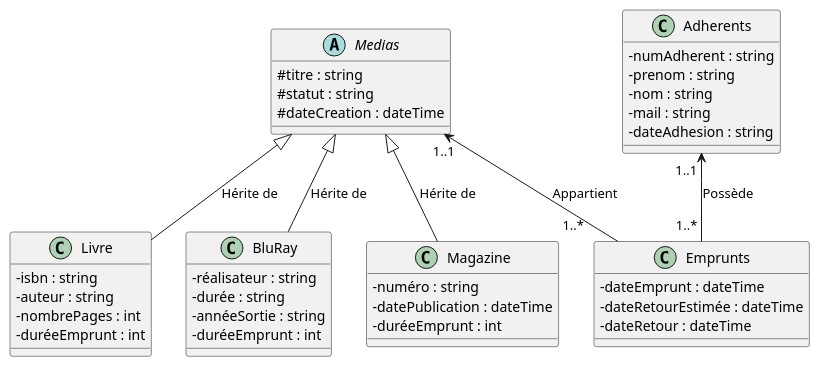
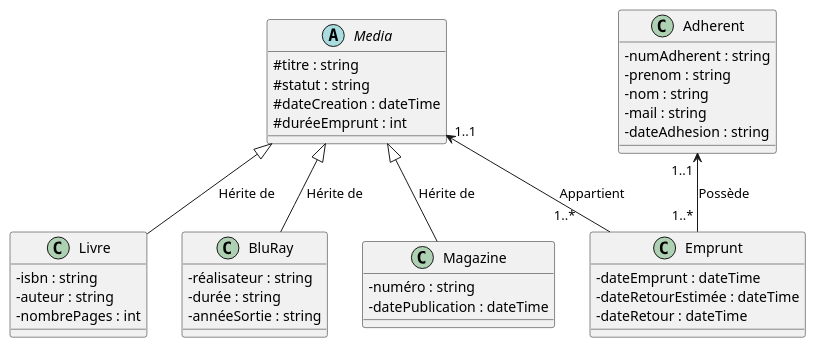
Before and after one commit to alexandregascon/php-projet-gestion-bibliotheque: the diagram in Documentation/DiagrammeDeClasse.puml, drawn with PlantUML. The commit also changed 9 other files, not shown here.

```diff
--- a/Documentation/DiagrammeDeClasse.puml
+++ b/Documentation/DiagrammeDeClasse.puml
@@ -1,51 +1,49 @@
 @startuml
 
 skinparam classAttributeIconSize 0
 
-abstract class Medias{
+abstract class Media{
     #titre : string
     #statut : string
     #dateCreation : dateTime
+    #duréeEmprunt : int
 }
 
 class Livre{
     -isbn : string
     -auteur : string
     -nombrePages : int
-    -duréeEmprunt : int
 }
 
 class BluRay{
     -réalisateur : string
     -durée : string
     -annéeSortie : string
-    -duréeEmprunt : int
 }
 
 class Magazine{
     -numéro : string
     -datePublication : dateTime
-    -duréeEmprunt : int
 }
 
-class Adherents{
+class Adherent{
     -numAdherent : string
     -prenom : string
     -nom : string
     -mail : string
     -dateAdhesion : string
 }
 
-class Emprunts{
+class Emprunt{
     -dateEmprunt : dateTime
     -dateRetourEstimée : dateTime
     -dateRetour : dateTime
 }
 
-Medias <|-- Livre : "Hérite de"
-Medias <|-- BluRay : "Hérite de"
-Medias <|-- Magazine : "Hérite de"
-Medias "1..1"<-- "1..*      " Emprunts : "Appartient"
-Adherents "1..1 " <-- "1..* " Emprunts : "Possède"
+Media <|-- Livre : "Hérite de"
+Media <|-- BluRay : "Hérite de"
+Media <|-- Magazine : "Hérite de"
+Media "1..1"<-- "1..*      " Emprunt : "Appartient"
+Adherent "1..1 " <-- "1..* " Emprunt : "Possède"
 
 @enduml
```
